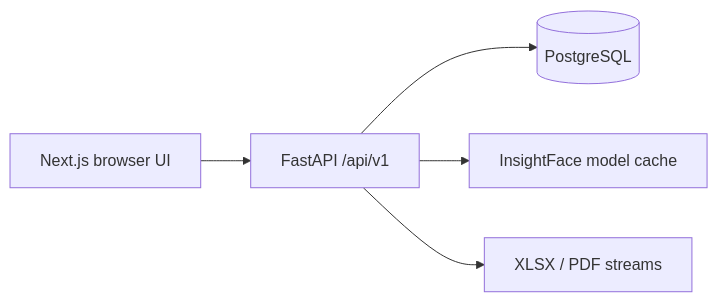
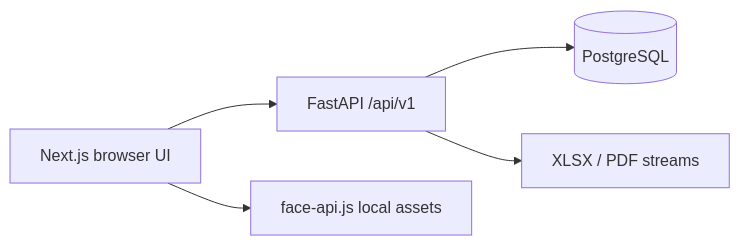
One commit to banday72/Face-attendence changed the diagram in docs/architecture.md. Above: the diagram before and after it, drawn with Mermaid. The commit also changed other lines of this file and 40 other files, not shown here.

````diff
--- a/docs/architecture.md
+++ b/docs/architecture.md
@@ -5,7 +5,7 @@
 ```mermaid
 flowchart LR
   Browser[Next.js browser UI] --> API[FastAPI /api/v1]
+  Browser --> Face[face-api.js local assets]
   API --> DB[(PostgreSQL)]
-  API --> Face[InsightFace model cache]
   API --> Reports[XLSX / PDF streams]
 ```
````
